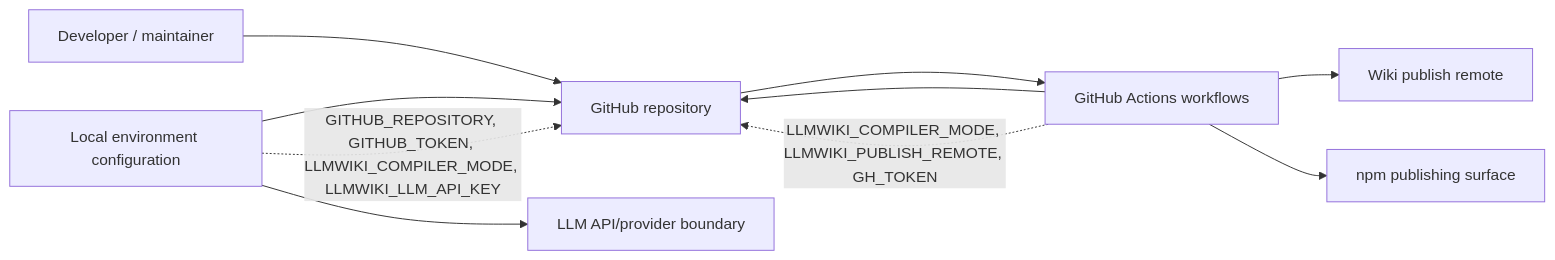
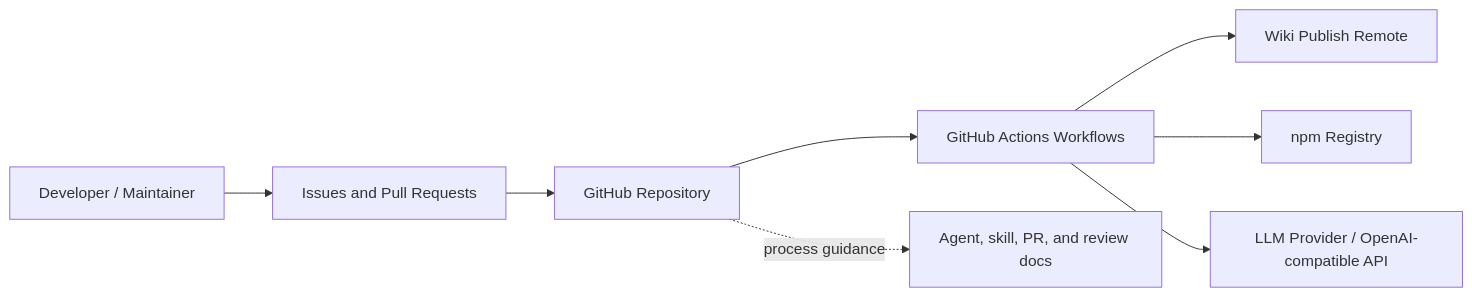
Before and after one commit to mfittko/repo-wiki: the first of 4 diagrams in Architecture.md, drawn with Mermaid. The commit also changed other lines of this file and 49 other files, not shown here.

Commit message:
Compile repository wiki 2026-06-13T21:30:36.825Z

````diff
--- a/Architecture.md
+++ b/Architecture.md
@@ -48,21 +50,19 @@
 ```mermaid
 flowchart LR
-  Dev["Developer / maintainer"]
-  GitHub["GitHub repository"]
-  Actions["GitHub Actions workflows"]
-  WikiRemote["Wiki publish remote"]
-  Npm["npm publishing surface"]
-  LLM["LLM API/provider boundary"]
-  LocalEnv["Local environment configuration"]
+  Dev["Developer / Maintainer"]
+  GitHub["GitHub Repository"]
+  Actions["GitHub Actions Workflows"]
+  WikiRemote["Wiki Publish Remote"]
+  Npm["npm Registry"]
+  LLM["LLM Provider / OpenAI-compatible API"]
+  IssuesPRs["Issues and Pull Requests"]
 
-  Dev --> GitHub
+  Dev --> IssuesPRs
+  IssuesPRs --> GitHub
   GitHub --> Actions
-  LocalEnv --> GitHub
-  LocalEnv --> LLM
   Actions --> WikiRemote
   Actions --> Npm
-  Actions --> GitHub
+  Actions --> LLM
 
-  LocalEnv -. "GITHUB_REPOSITORY, GITHUB_TOKEN, LLMWIKI_COMPILER_MODE, LLMWIKI_LLM_API_KEY" .-> GitHub
-  Actions -. "LLMWIKI_COMPILER_MODE, LLMWIKI_PUBLISH_REMOTE, GH_TOKEN" .-> GitHub
+  GitHub -.process guidance.-> Agents["Agent, skill, PR, and review docs"]
 ```
````
